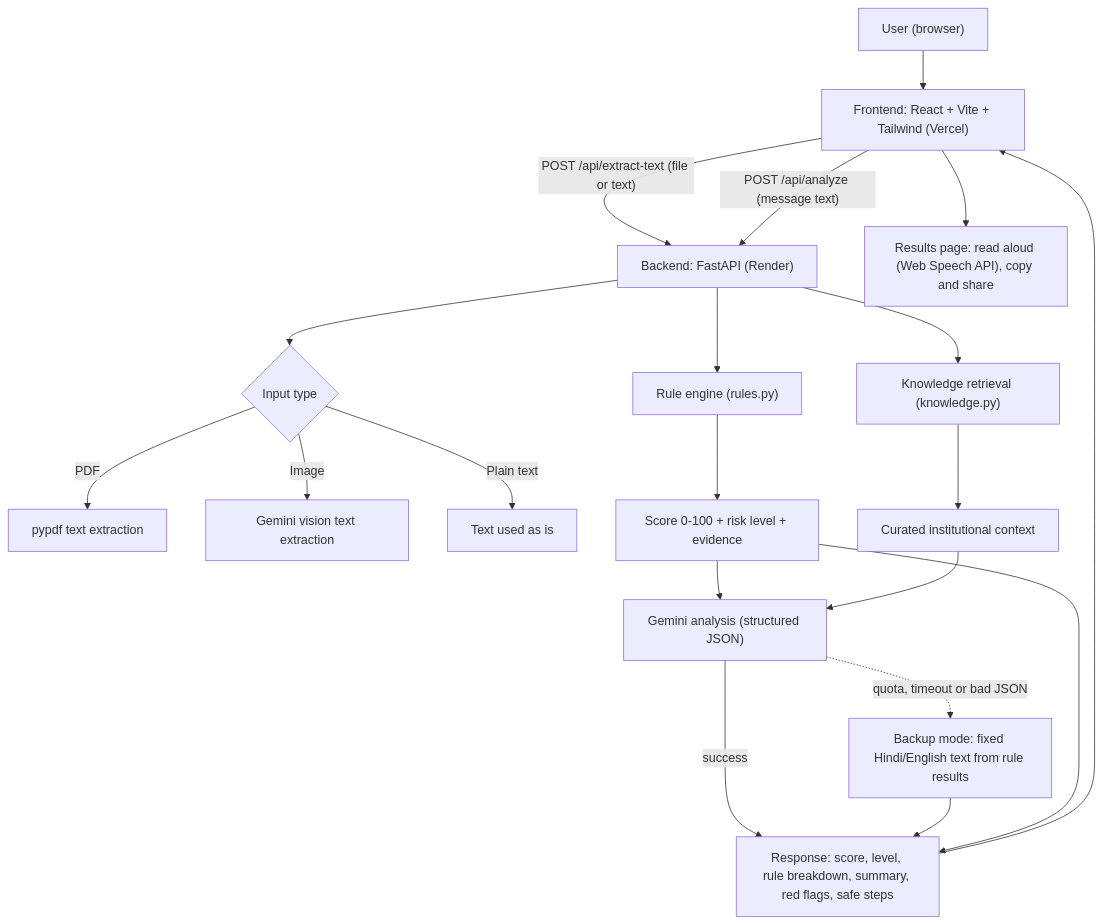
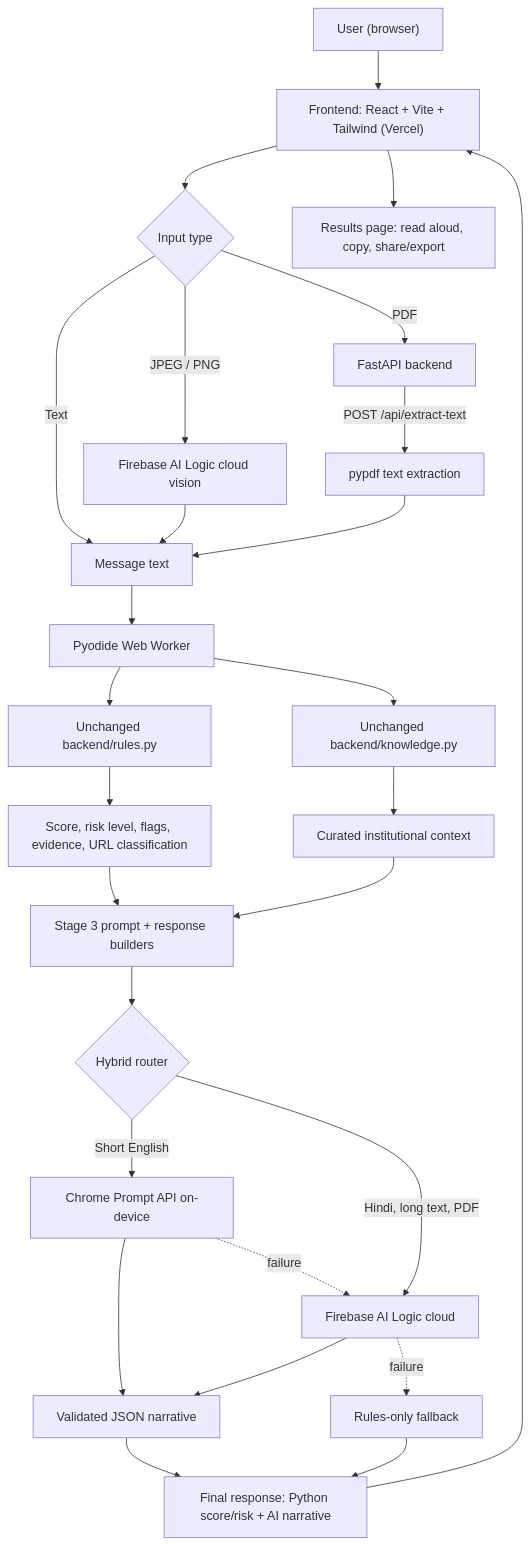
Before and after one commit to saloni-mishra/RedFlagged-hybrid: the first of 3 diagrams in TECHNICAL_DESIGN.md, drawn with Mermaid. The commit also changed other lines of this file and 4 other files, not shown here.

Commit message:
docs: finalize hybrid architecture and setup

````diff
--- a/TECHNICAL_DESIGN.md
+++ b/TECHNICAL_DESIGN.md
@@ -18,25 +19,31 @@
 ```mermaid
 flowchart TD
     U["User (browser)"] --> FE["Frontend: React + Vite + Tailwind (Vercel)"]
-    FE -->|"POST /api/extract-text (file or text)"| API["Backend: FastAPI (Render)"]
-    FE -->|"POST /api/analyze (message text)"| API
+    FE --> IMG{"Input type"}
+    IMG -->|"Text"| TEXT["Message text"]
+    IMG -->|"JPEG / PNG"| FBCLOUD["Firebase AI Logic cloud vision"]
+    IMG -->|"PDF"| API["FastAPI backend"]
+    FBCLOUD --> TEXT
+    API -->|"POST /api/extract-text"| PDF["pypdf text extraction"]
+    PDF --> TEXT
 
-    API --> EX{"Input type"}
-    EX -->|"PDF"| PDF["pypdf text extraction"]
-    EX -->|"Image"| VIS["Gemini vision text extraction"]
-    EX -->|"Plain text"| TXT["Text used as is"]
-
-    API --> RULES["Rule engine (rules.py)"]
-    API --> KB["Knowledge retrieval (knowledge.py)"]
-    RULES --> SCORE["Score 0-100 + risk level + evidence"]
+    TEXT --> WORKER["Pyodide Web Worker"]
+    WORKER --> RULES["Unchanged backend/rules.py"]
+    WORKER --> KB["Unchanged backend/knowledge.py"]
+    RULES --> SCORE["Score, risk level, flags, evidence, URL classification"]
     KB --> CTX["Curated institutional context"]
 
-    SCORE --> GEM["Gemini analysis (structured JSON)"]
-    CTX --> GEM
-    GEM -->|"success"| RES["Response: score, level, rule breakdown, summary, red flags, safe steps"]
-    GEM -.->|"quota, timeout or bad JSON"| FB["Backup mode: fixed Hindi/English text from rule results"]
-    FB --> RES
-    SCORE --> RES
-    RES --> FE
-    FE --> OUT["Results page: read aloud (Web Speech API), copy and share"]
+    SCORE --> PROMPT["Stage 3 prompt + response builders"]
+    CTX --> PROMPT
+    PROMPT --> ROUTE{"Hybrid router"}
+    ROUTE -->|"Short English"| DEVICE["Chrome Prompt API on-device"]
+    ROUTE -->|"Hindi, long text, PDF"| CLOUD["Firebase AI Logic cloud"]
+    DEVICE --> PARSE["Validated JSON narrative"]
+    CLOUD --> PARSE
+    DEVICE -.->|"failure"| CLOUD
+    CLOUD -.->|"failure"| FALLBACK["Rules-only fallback"]
+    PARSE --> RESPONSE["Final response: Python score/risk + AI narrative"]
+    FALLBACK --> RESPONSE
+    RESPONSE --> FE
+    FE --> OUT["Results page: read aloud, copy, share/export"]
 ```
````
